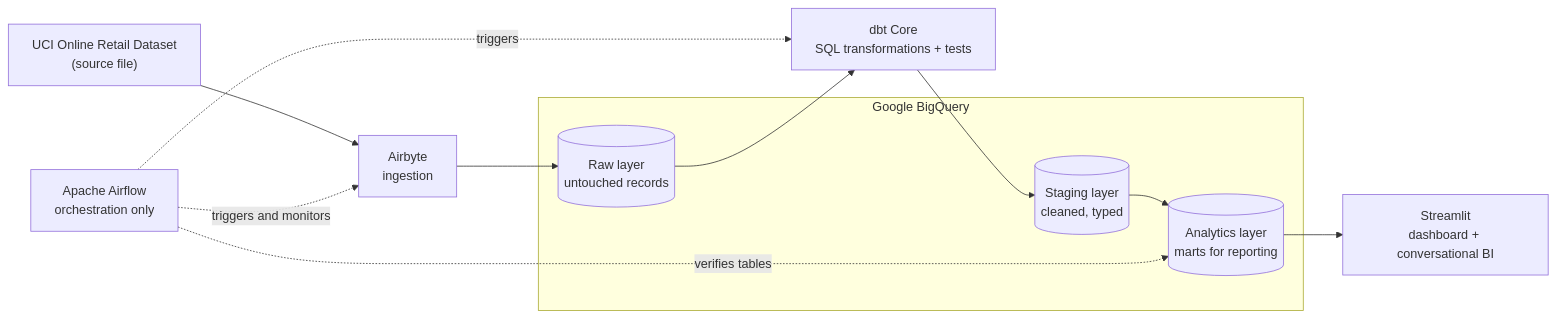
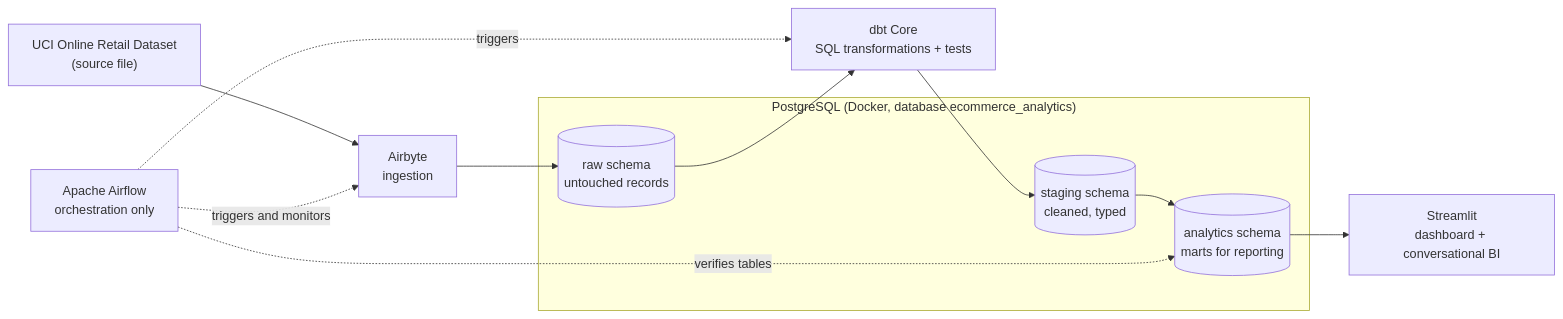
The diagram in architecture/pipeline_architecture.md (neilsenvaz10/E-Commerce-Sales-Analytics-and-Data-Engineering-Pipeline), drawn with Mermaid before and after one commit. The commit also changed other lines of this file and 14 other files, not shown here.

Commit message:
feat: replace BigQuery with local PostgreSQL warehouse (Docker, port 5434)

````diff
--- a/architecture/pipeline_architecture.md
+++ b/architecture/pipeline_architecture.md
@@ -5,24 +5,24 @@
 ```mermaid
 flowchart LR
     SRC["UCI Online Retail Dataset<br/>(source file)"]
     AB["Airbyte<br/>ingestion"]
 
-    subgraph BQ["Google BigQuery"]
-        RAW[("Raw layer<br/>untouched records")]
-        STG[("Staging layer<br/>cleaned, typed")]
-        MART[("Analytics layer<br/>marts for reporting")]
+    subgraph PG["PostgreSQL (Docker, database ecommerce_analytics)"]
+        RAW[("raw schema<br/>untouched records")]
+        STG[("staging schema<br/>cleaned, typed")]
+        MART[("analytics schema<br/>marts for reporting")]
     end
 
     DBT["dbt Core<br/>SQL transformations + tests"]
     ST["Streamlit<br/>dashboard + conversational BI"]
     AF["Apache Airflow<br/>orchestration only"]
 
     SRC --> AB --> RAW
     RAW --> DBT
     DBT --> STG --> MART
     MART --> ST
 
     AF -. triggers and monitors .-> AB
     AF -. triggers .-> DBT
     AF -. verifies tables .-> MART
 ```
````
